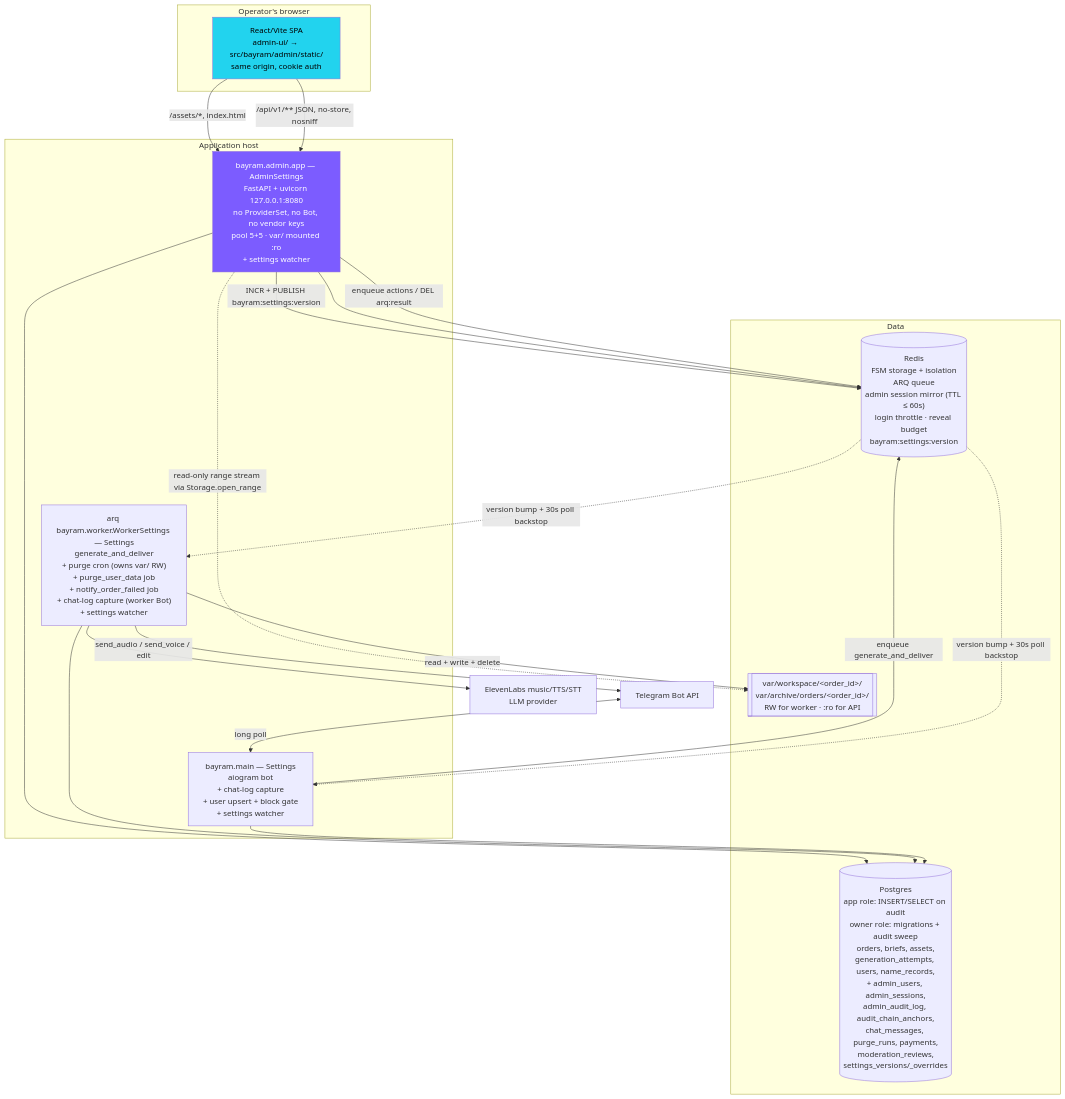
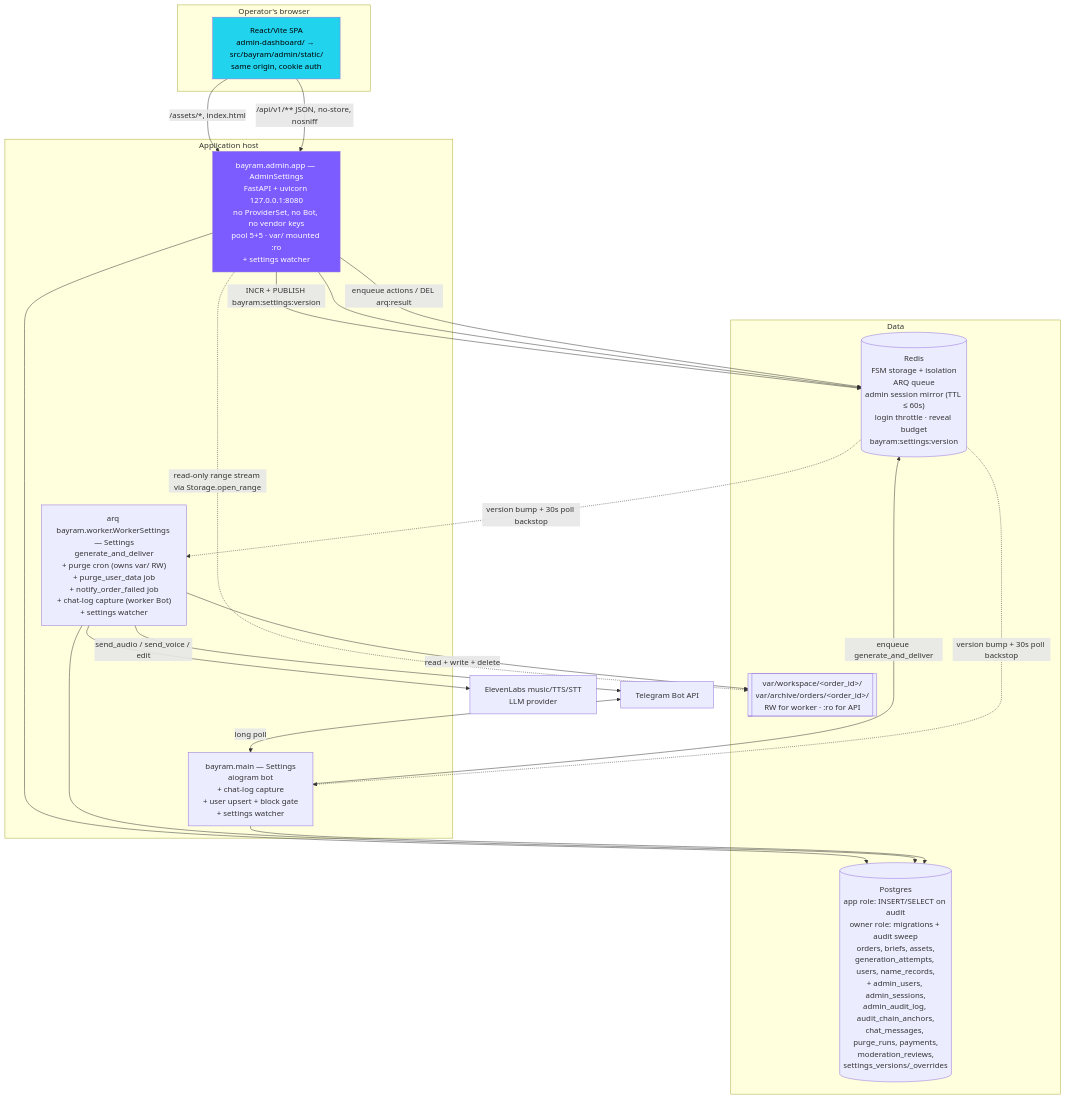
The first of 2 diagrams in docs/product/ADMIN_PANEL_PLAN.md (orihero/hbd-bot), drawn with Mermaid before and after one commit. The commit also changed other lines of this file and 276 other files, not shown here.

````diff
--- a/docs/product/ADMIN_PANEL_PLAN.md
+++ b/docs/product/ADMIN_PANEL_PLAN.md
@@ -130,41 +150,41 @@
 ```mermaid
 graph TB
     subgraph browser["Operator's browser"]
-        SPA["React/Vite SPA<br/>admin-ui/ → src/bayram/admin/static/<br/>same origin, cookie auth"]
+        SPA["React/Vite SPA<br/>admin-dashboard/ → src/bayram/admin/static/<br/>same origin, cookie auth"]
     end
 
     subgraph host["Application host"]
         BOT["bayram.main — Settings<br/>aiogram bot<br/>+ chat-log capture<br/>+ user upsert + block gate<br/>+ settings watcher"]
         WORKER["arq bayram.worker.WorkerSettings — Settings<br/>generate_and_deliver<br/>+ purge cron (owns var/ RW)<br/>+ purge_user_data job<br/>+ notify_order_failed job<br/>+ chat-log capture (worker Bot)<br/>+ settings watcher"]
         API["bayram.admin.app — AdminSettings<br/>FastAPI + uvicorn 127.0.0.1:8080<br/>no ProviderSet, no Bot, no vendor keys<br/>pool 5+5 · var/ mounted :ro<br/>+ settings watcher"]
     end
 
     subgraph data["Data"]
         PG[("Postgres<br/>app role: INSERT/SELECT on audit<br/>owner role: migrations + audit sweep<br/>orders, briefs, assets,<br/>generation_attempts, users, name_records,<br/>+ admin_users, admin_sessions,<br/>admin_audit_log, audit_chain_anchors,<br/>chat_messages, purge_runs, payments,<br/>moderation_reviews,<br/>settings_versions/_overrides")]
         REDIS[("Redis<br/>FSM storage + isolation<br/>ARQ queue<br/>admin session mirror (TTL ≤ 60s)<br/>login throttle · reveal budget<br/>bayram:settings:version")]
         FS[["var/workspace/&lt;order_id&gt;/<br/>var/archive/orders/&lt;order_id&gt;/<br/>RW for worker · :ro for API"]]
     end
 
     TG["Telegram Bot API"]
     VENDOR["ElevenLabs music/TTS/STT<br/>LLM provider"]
 
     SPA -->|"/api/v1/** JSON, no-store, nosniff"| API
     SPA -->|"/assets/*, index.html"| API
     TG <-->|"long poll"| BOT
     WORKER -->|"send_audio / send_voice / edit"| TG
     WORKER --> VENDOR
     BOT -->|"enqueue generate_and_deliver"| REDIS
     API -->|"enqueue actions / DEL arq:result"| REDIS
     BOT --> PG
     WORKER --> PG
     WORKER -->|"read + write + delete"| FS
     API --> PG
     API --> REDIS
     API -.->|"read-only range stream via Storage.open_range"| FS
     API -->|"INCR + PUBLISH bayram:settings:version"| REDIS
     REDIS -.->|"version bump + 30s poll backstop"| BOT
     REDIS -.->|"version bump + 30s poll backstop"| WORKER
 
     style API fill:#7C5CFF,color:#fff
     style SPA fill:#22D3EE,color:#000
 ```
````
